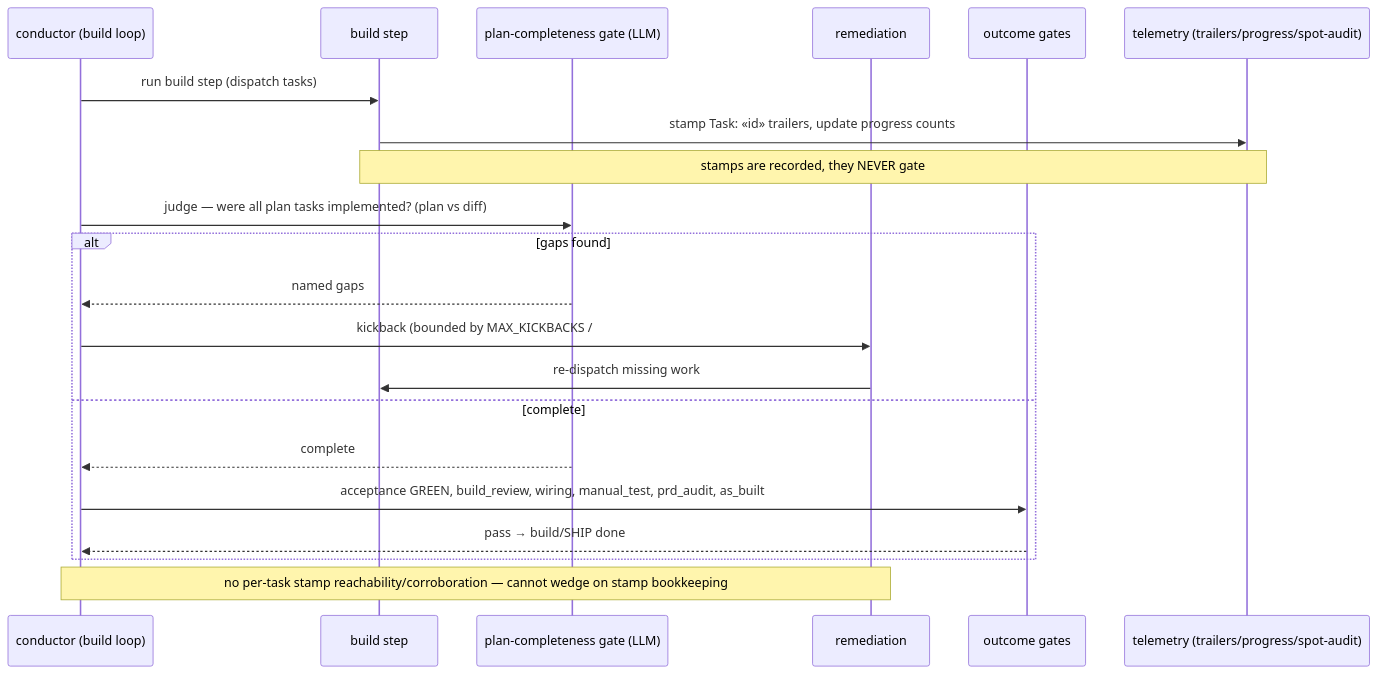
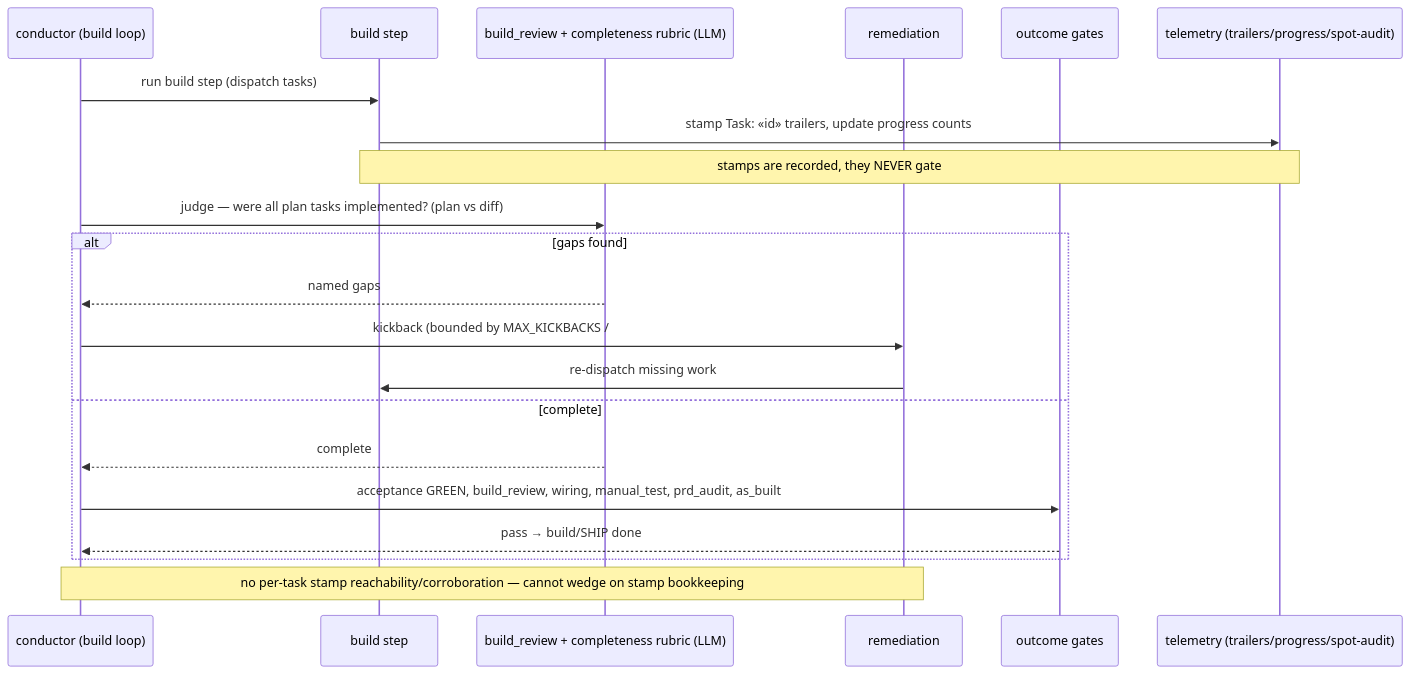
Before and after one commit to jstoup111/ai-conductor: the third of 3 diagrams in .docs/architecture/demote-task-stamping-to-telemetry.md, drawn with Mermaid. The commit also changed other lines of this file and 6 other files, not shown here.

First line of the commit message:
spec: fold #773 completeness into existing build_review gate (default-on)

````diff
--- a/.docs/architecture/demote-task-stamping-to-telemetry.md
+++ b/.docs/architecture/demote-task-stamping-to-telemetry.md
@@ -103,24 +103,24 @@
 ```mermaid
 sequenceDiagram
     participant C as conductor (build loop)
     participant B as build step
-    participant J as plan-completeness gate (LLM)
+    participant J as build_review + completeness rubric (LLM)
     participant R as remediation
     participant O as outcome gates
     participant T as telemetry (trailers/progress/spot-audit)
 
     C->>B: run build step (dispatch tasks)
     B->>T: stamp Task: «id» trailers, update progress counts
     Note over B,T: stamps are recorded, they NEVER gate
     C->>J: judge — were all plan tasks implemented? (plan vs diff)
     alt gaps found
         J-->>C: named gaps
         C->>R: kickback (bounded by MAX_KICKBACKS / #188 ladder)
         R->>B: re-dispatch missing work
     else complete
         J-->>C: complete
         C->>O: acceptance GREEN, build_review, wiring, manual_test, prd_audit, as_built
         O-->>C: pass → build/SHIP done
     end
     Note over C,R: no per-task stamp reachability/corroboration — cannot wedge on stamp bookkeeping
 ```
````
